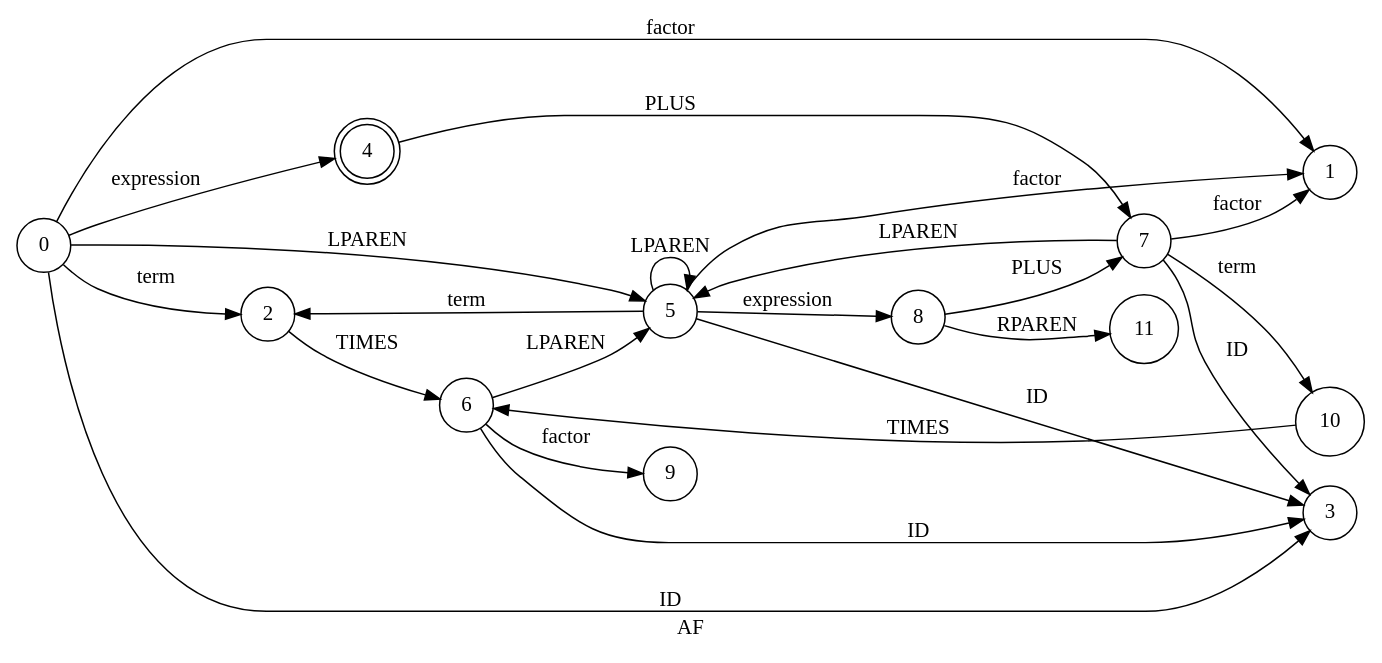
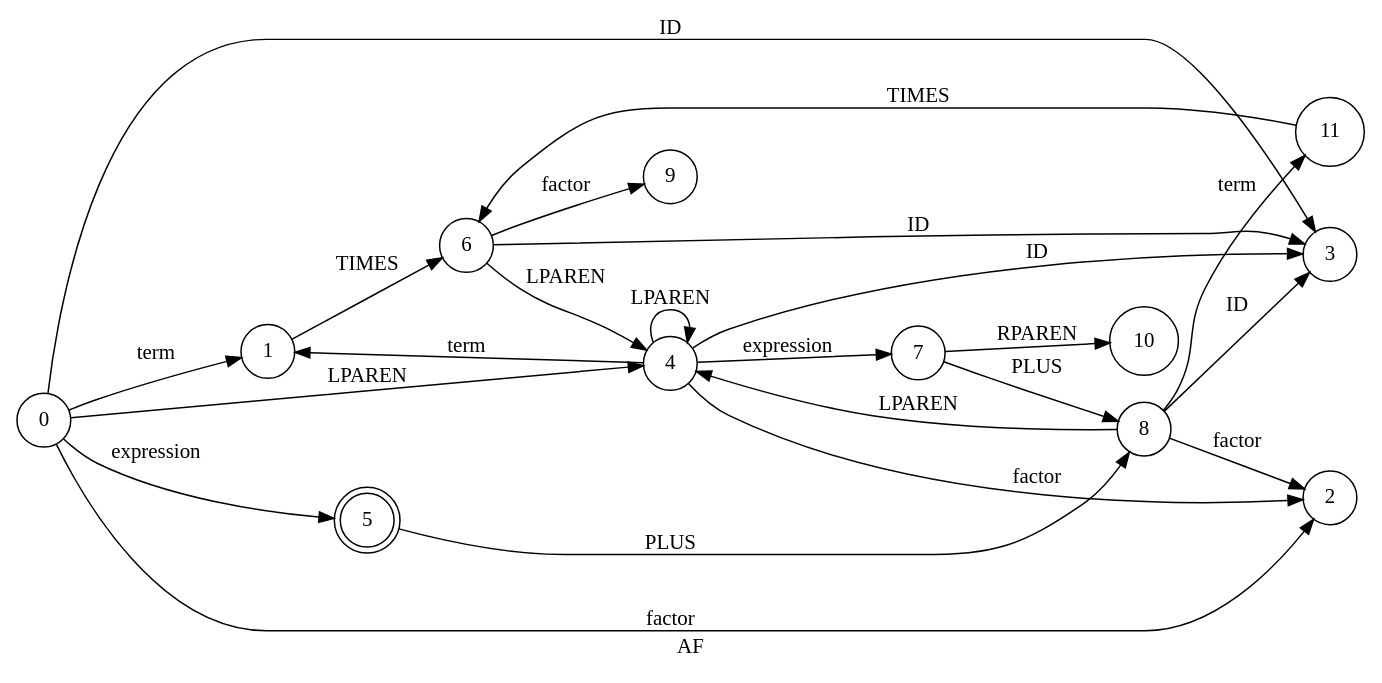
The diagram in LR0/default/LR0_explicit.gv (Danval-003/From_LR0_To_LR1_Construction), drawn with Graphviz before and after one commit. The commit also changed 26 other files, not shown here.

```diff
--- a/LR0/default/LR0_explicit.gv
+++ b/LR0/default/LR0_explicit.gv
@@ -1,39 +1,39 @@
 // LR0
 digraph {
 	rankdir=LR
 	label=AF
 	0 [label=0 shape=circle]
 	1 [label=1 shape=circle]
-	0 -> 1 [label=factor]
-	2 [label=2 shape=circle]
 	6 [label=6 shape=circle]
 	9 [label=9 shape=circle]
 	6 -> 9 [label=factor]
 	3 [label=3 shape=circle]
 	6 -> 3 [label=ID]
-	5 [label=5 shape=circle]
-	5 -> 1 [label=factor]
-	5 -> 2 [label=term]
-	5 -> 3 [label=ID]
+	4 [label=4 shape=circle]
+	4 -> 1 [label=term]
+	2 [label=2 shape=circle]
+	4 -> 2 [label=factor]
+	4 -> 3 [label=ID]
+	4 -> 4 [label=LPAREN]
+	7 [label=7 shape=circle]
 	8 [label=8 shape=circle]
 	11 [label=11 shape=circle]
-	8 -> 11 [label=RPAREN]
-	7 [label=7 shape=circle]
-	7 -> 1 [label=factor]
+	11 -> 6 [label=TIMES]
+	8 -> 11 [label=term]
+	8 -> 2 [label=factor]
+	8 -> 3 [label=ID]
+	8 -> 4 [label=LPAREN]
+	7 -> 8 [label=PLUS]
 	10 [label=10 shape=circle]
-	10 -> 6 [label=TIMES]
-	7 -> 10 [label=term]
-	7 -> 3 [label=ID]
-	7 -> 5 [label=LPAREN]
-	8 -> 7 [label=PLUS]
-	5 -> 8 [label=expression]
-	5 -> 5 [label=LPAREN]
-	6 -> 5 [label=LPAREN]
-	2 -> 6 [label=TIMES]
-	0 -> 2 [label=term]
+	7 -> 10 [label=RPAREN]
+	4 -> 7 [label=expression]
+	6 -> 4 [label=LPAREN]
+	1 -> 6 [label=TIMES]
+	0 -> 1 [label=term]
+	0 -> 2 [label=factor]
 	0 -> 3 [label=ID]
-	4 [label=4 shape=doublecircle]
-	4 -> 7 [label=PLUS]
-	0 -> 4 [label=expression]
-	0 -> 5 [label=LPAREN]
+	0 -> 4 [label=LPAREN]
+	5 [label=5 shape=doublecircle]
+	5 -> 8 [label=PLUS]
+	0 -> 5 [label=expression]
 }
```
